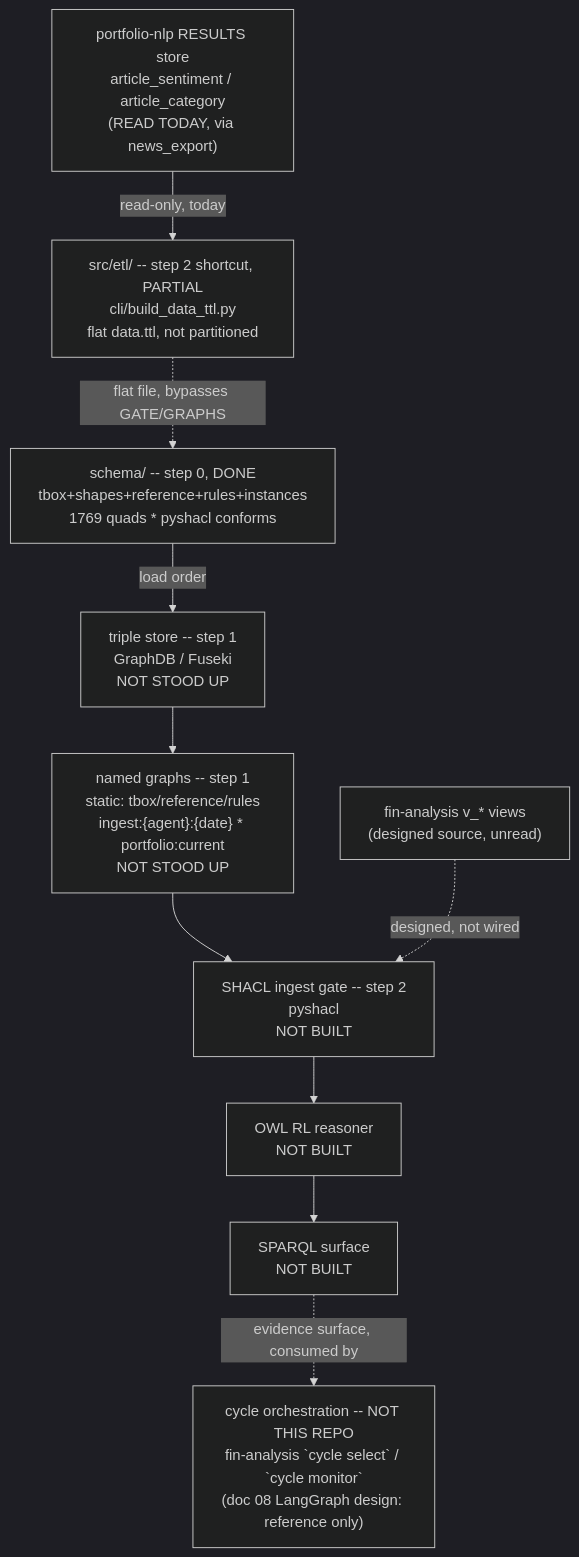
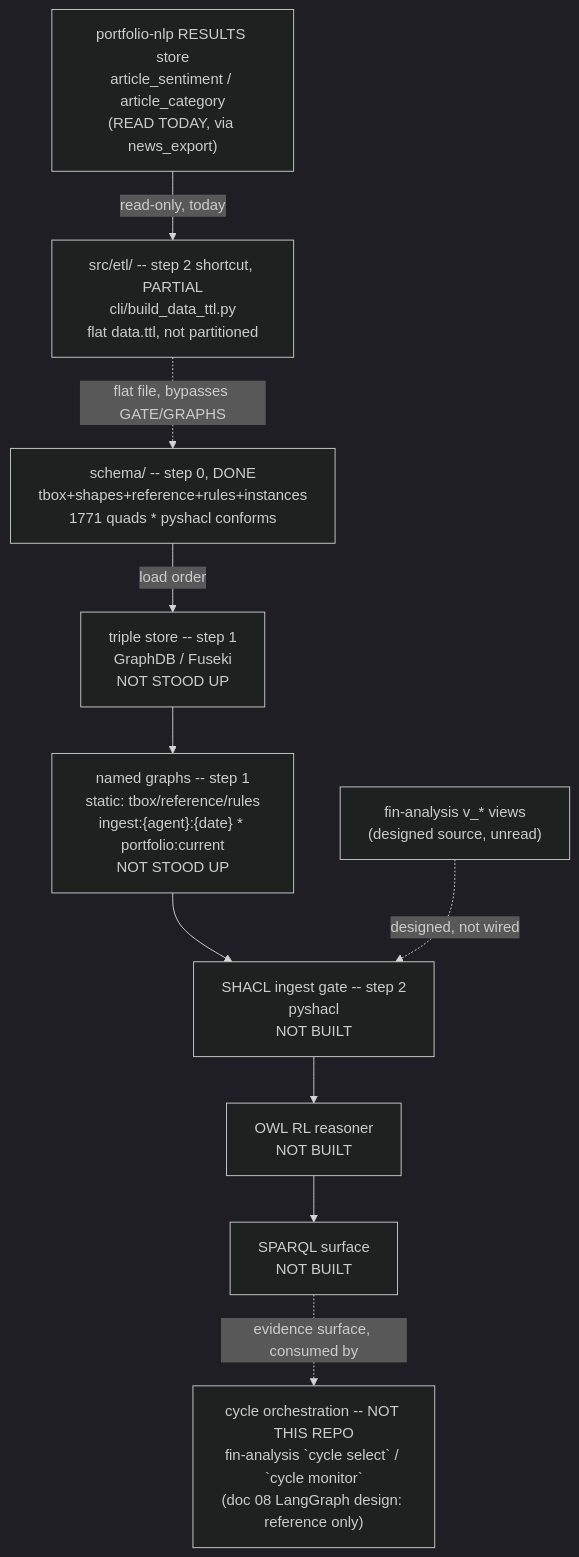
The diagram in .specify/memory/SPEC.md (gamug/portfolio-knowledge-graph), drawn with Mermaid (dark theme) before and after one commit. The commit also changed other lines of this file and 7 other files, not shown here.

Commit message:
fix(schema): address PR #34 review — multi-valued lastSeenOn, date-order shape, worked closed stint, stale counts

````diff
--- a/.specify/memory/SPEC.md
+++ b/.specify/memory/SPEC.md
@@ -298,20 +298,20 @@
 ```mermaid
 flowchart TB
-    SCHEMA["schema/ -- step 0, DONE<br/>tbox+shapes+reference+rules+instances<br/>1769 quads * pyshacl conforms"]
+    SCHEMA["schema/ -- step 0, DONE<br/>tbox+shapes+reference+rules+instances<br/>1771 quads * pyshacl conforms"]
     STORE["triple store -- step 1<br/>GraphDB / Fuseki<br/>NOT STOOD UP"]
     GRAPHS["named graphs -- step 1<br/>static: tbox/reference/rules<br/>ingest:{agent}:{date} * portfolio:current<br/>NOT STOOD UP"]
     GATE["SHACL ingest gate -- step 2<br/>pyshacl<br/>NOT BUILT"]
     FIN["fin-analysis v_* views<br/>(designed source, unread)"]
     NLPRES["portfolio-nlp RESULTS store<br/>article_sentiment / article_category<br/>(READ TODAY, via news_export)"]
     ETL["src/etl/ -- step 2 shortcut, PARTIAL<br/>cli/build_data_ttl.py<br/>flat data.ttl, not partitioned"]
     REASON["OWL RL reasoner<br/>NOT BUILT"]
     SPARQL["SPARQL surface<br/>NOT BUILT"]
     AGENTS["cycle orchestration -- NOT THIS REPO<br/>fin-analysis `cycle select` / `cycle monitor`<br/>(doc 08 LangGraph design: reference only)"]
 
     SCHEMA -->|load order| STORE --> GRAPHS --> GATE
     FIN -.->|designed, not wired| GATE
     NLPRES -->|read-only, today| ETL
     ETL -.->|flat file, bypasses GATE/GRAPHS| SCHEMA
     GATE --> REASON --> SPARQL
     SPARQL -.->|evidence surface, consumed by| AGENTS
 ```
````
